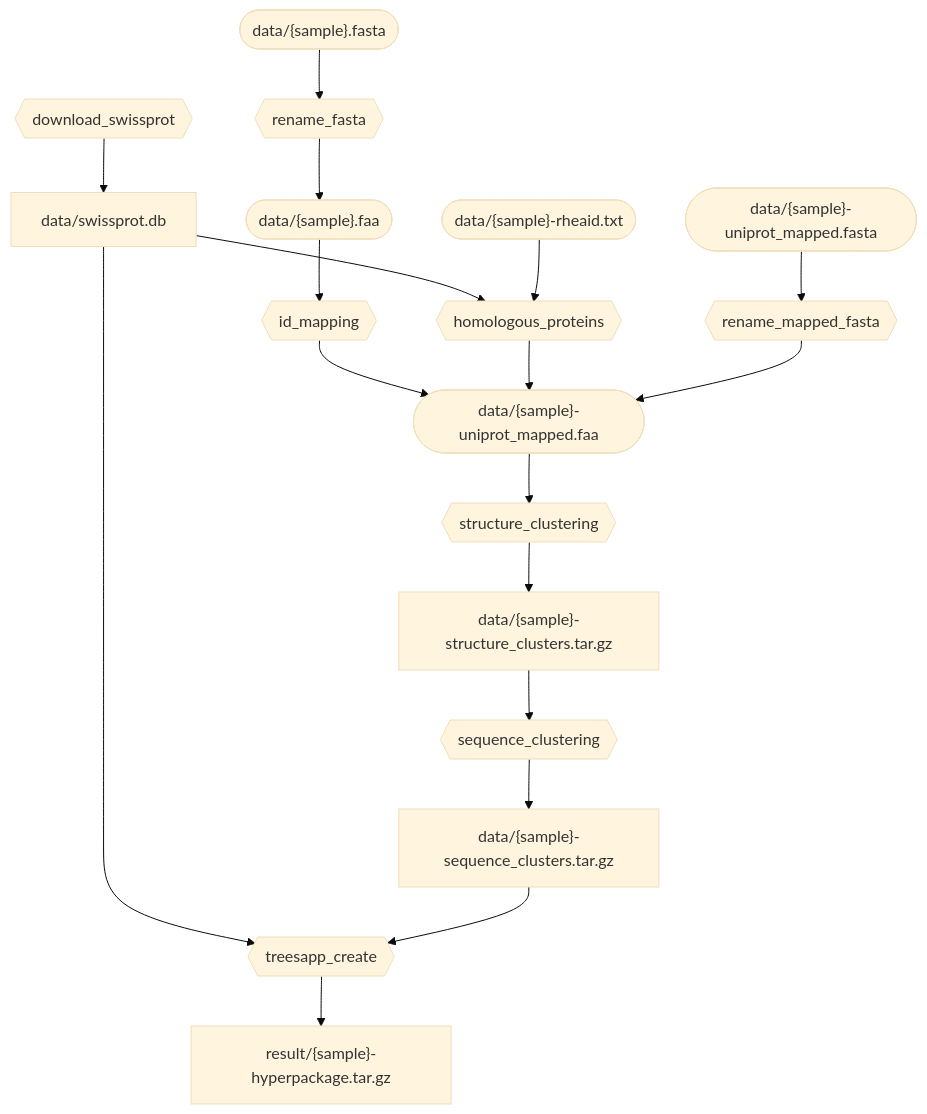
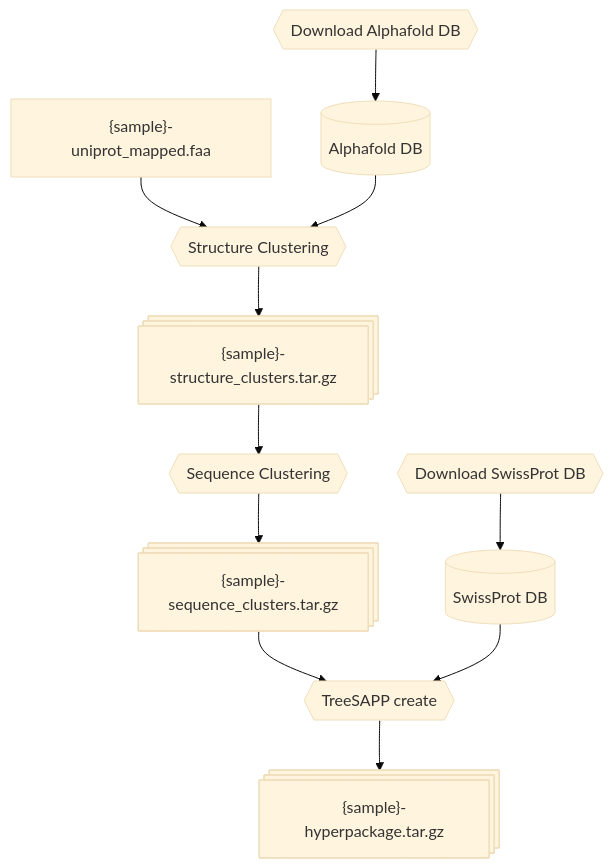
One commit to RyloByte/TS-Capstone-2025 changed the first of 2 diagrams in README.md. Above: the diagram before and after it, drawn with Mermaid (base theme). The commit also changed other lines of this file, not shown here.

````diff
--- a/README.md
+++ b/README.md
@@ -18,37 +42,30 @@
 ```mermaid
 flowchart TD
-    A{{download_swissprot}}
-    B[data/swissprot.db]
-    A-->B
-    C{{rename_fasta}}
-    D(["data/{sample}.fasta"])
-    E(["data/{sample}.faa"])
-    D-->C
-    C-->E
-    F{{id_mapping}}
-    G(["data/{sample}-uniprot_mapped.faa"])
-    E-->F
-    F-->G
-    H{{homologous_proteins}}
-    I(["data/{sample}-rheaid.txt"])
+    A@{ shape: processes, label: "{sample}-hyperpackage.tar.gz" }
+    B@{ shape: processes, label: "{sample}-sequence_clusters.tar.gz" }
+    C@{ shape: processes, label: "{sample}-structure_clusters.tar.gz" }
+    D@{ shape: process, label: "{sample}-uniprot_mapped.faa" }
+
+    E@{ shape: cyl, label: "SwissProt DB" }
+    G@{ shape: cyl, label: "Alphafold DB" }
+
+    H@{ shape: hex, label: "TreeSAPP create" }
+    I@{ shape: hex, label: "Sequence Clustering" }
+    J@{ shape: hex, label: "Structure Clustering" }
+
+    H-->A
     B-->H
-    I-->H
-    H-->G
-    J{{structure_clustering}}
-    K["data/{sample}-structure_clusters.tar.gz"]
+    I-->B
+    C-->I
+    J-->C
+    D-->J
+
     G-->J
-    J-->K
-    L{{sequence_clustering}}
-    M["data/{sample}-sequence_clusters.tar.gz"]
-    K-->L
-    L-->M
-    N{{treesapp_create}}
-    O["result/{sample}-hyperpackage.tar.gz"]
-    B-->N
-    M-->N
-    N-->O
-    P{{rename_mapped_fasta}}
-    Q(["data/{sample}-uniprot_mapped.fasta"])
-    Q-->P
-    P-->G
+    E-->H
+
+    K@{ shape: hex, label: "Download SwissProt DB" }
+    L@{ shape: hex, label: "Download Alphafold DB" }
+
+    K-->E
+    L-->G
 ```
````
